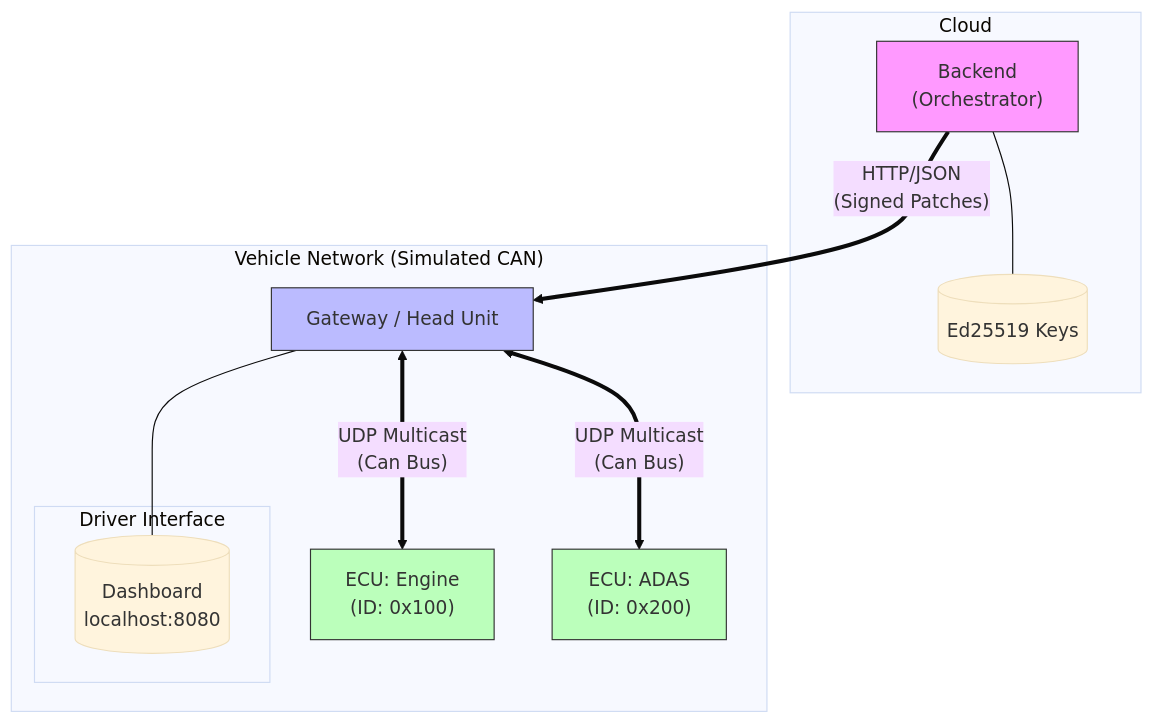
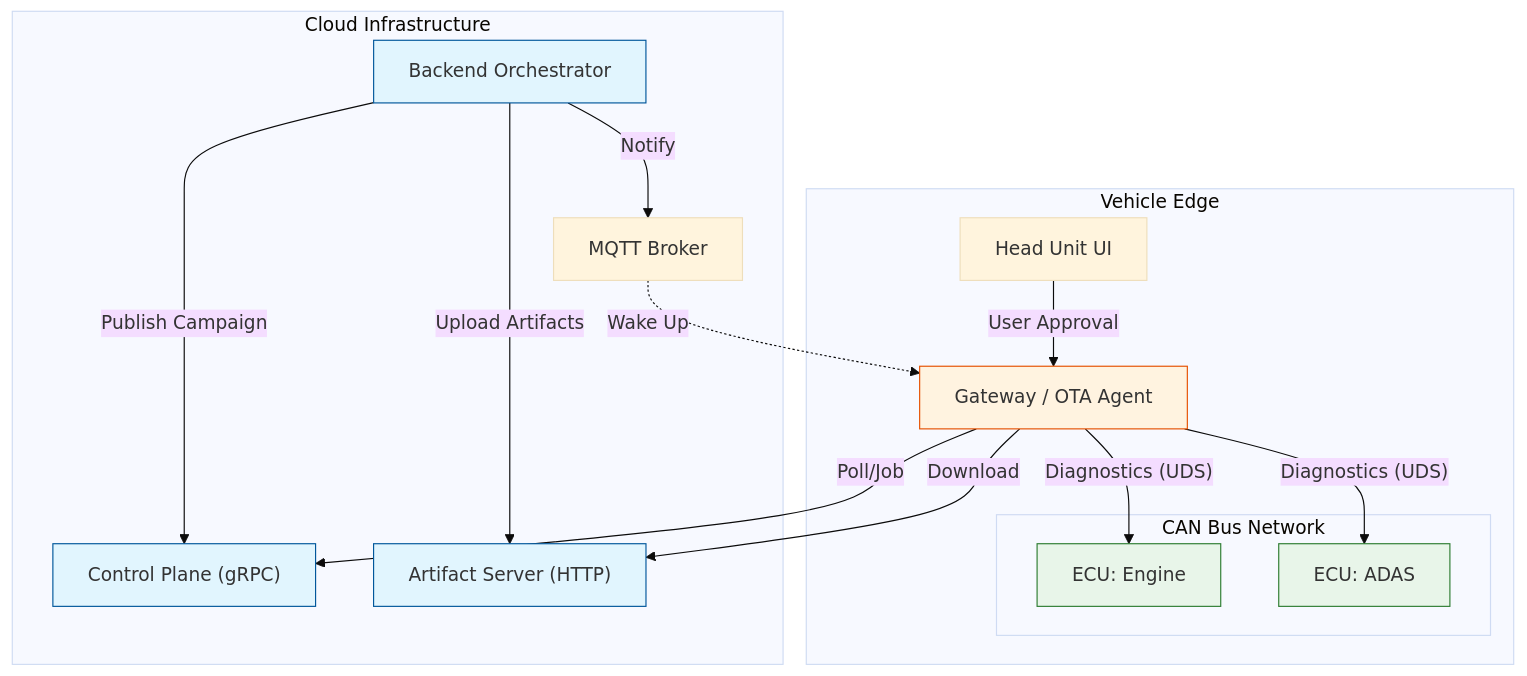
Before and after one commit to CagriCatik/Automotive-OTA: the first of 2 diagrams in simulator/README.md, drawn with Mermaid (base theme). The commit also changed other lines of this file and 139 other files, not shown here.

````diff
--- a/simulator/README.md
+++ b/simulator/README.md
@@ -43,30 +17,39 @@
 ```mermaid
 graph TD
-    subgraph Cloud
-        B["Backend<br/>(Orchestrator)"]
-        K[("Ed25519 Keys")]
-        B --- K
+    subgraph "Cloud Infrastructure"
+        BE[Backend Orchestrator]
+        CP["Control Plane (gRPC)"]
+        AS["Artifact Server (HTTP)"]
+        MQ[MQTT Broker]
+  
+        BE -->|Publish Campaign| CP
+        BE -->|Upload Artifacts| AS
+        BE -->|Notify| MQ
     end
 
-    subgraph "Vehicle Network (Simulated CAN)"
-        G[Gateway / Head Unit]
-      
-        subgraph "Driver Interface"
-            UI[("Dashboard<br/>localhost:8080")]
+    subgraph "Vehicle Edge"
+        GW[Gateway / OTA Agent]
+        HMI[Head Unit UI]
+  
+        subgraph "CAN Bus Network"
+            ECU1[ECU: Engine]
+            ECU2[ECU: ADAS]
         end
-      
-        E1["ECU: Engine<br/>(ID: 0x100)"]
-        E2["ECU: ADAS<br/>(ID: 0x200)"]
-      
-        G <==>|"UDP Multicast<br/>(Can Bus)"| E1
-        G <==>|"UDP Multicast<br/>(Can Bus)"| E2
+  
+        GW -->|Poll/Job| CP
+        GW -->|Download| AS
+        MQ -.->|Wake Up| GW
+  
+        GW -->|"Diagnostics (UDS)"| ECU1
+        GW -->|"Diagnostics (UDS)"| ECU2
+        HMI -- User Approval --> GW
     end
 
-    B == "HTTP/JSON<br/>(Signed Patches)" ==> G
-    G --- UI
+    style BE fill:#e1f5fe,stroke:#01579b
+    style CP fill:#e1f5fe,stroke:#01579b
+    style AS fill:#e1f5fe,stroke:#01579b
+    style GW fill:#fff3e0,stroke:#e65100
+    style ECU1 fill:#e8f5e9,stroke:#2e7d32
+    style ECU2 fill:#e8f5e9,stroke:#2e7d32
 
-    style B fill:#f9f,stroke:#333
-    style G fill:#bbf,stroke:#333
-    style E1 fill:#bfb,stroke:#333
-    style E2 fill:#bfb,stroke:#333
 ```
````
